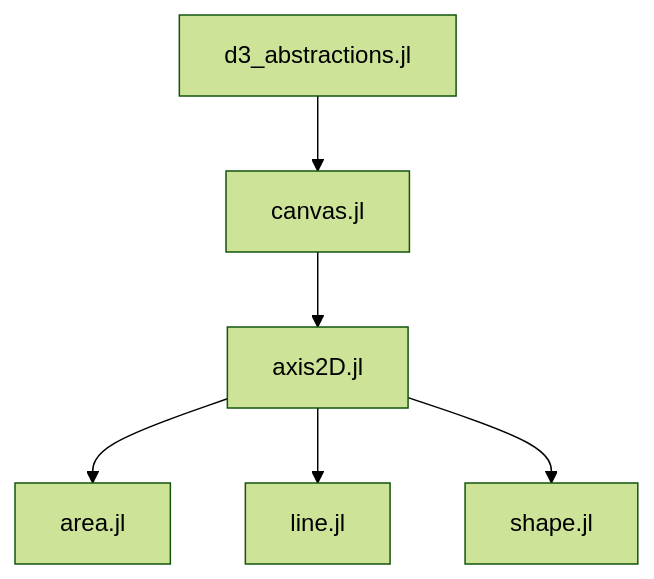
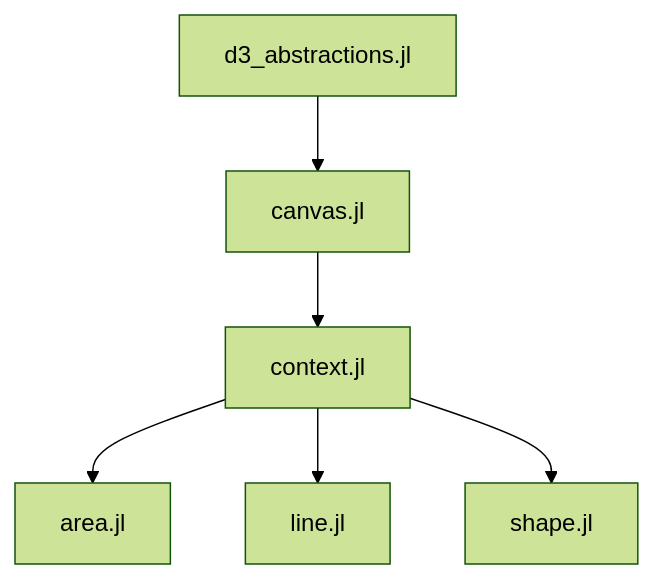
One commit to ghaetinger/Portinari.jl changed the diagram in README.md. Above: the diagram before and after it, drawn with Mermaid (forest theme). The commit also changed 11 other files, not shown here.

````diff
--- a/README.md
+++ b/README.md
@@ -18,8 +18,8 @@
 ```mermaid
 graph TD;
     d3_abstractions.jl-->canvas.jl;
-    canvas.jl-->axis2D.jl;
-    axis2D.jl-->area.jl;
-    axis2D.jl-->line.jl;
-    axis2D.jl-->shape.jl;
+    canvas.jl-->context.jl;
+    context.jl-->area.jl;
+    context.jl-->line.jl;
+    context.jl-->shape.jl;
 ```
````
